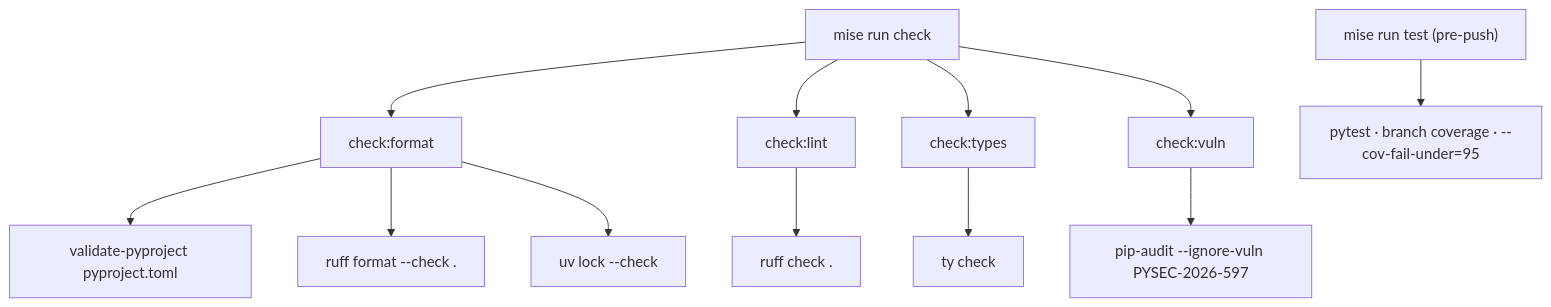
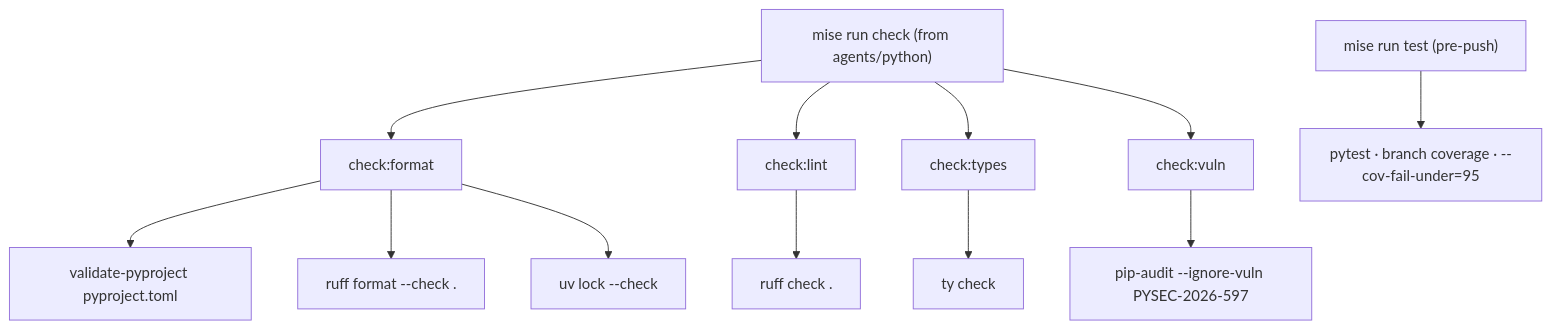
One commit to LuiGGi629/agentops-open-course changed the second of 2 diagrams in docs/1. Setup/1.1. Python.md. Above: the diagram before and after it, drawn with Mermaid. The commit also changed other lines of this file and 100 other files, not shown here.

````diff
--- a/docs/1. Setup/1.1. Python.md
+++ b/docs/1. Setup/1.1. Python.md
@@ -78,14 +111,14 @@
 ```mermaid
 flowchart TD
-    C["mise run check"] --> CF["check:format"]
+    C["mise run check (from agents/python)"] --> CF["check:format"]
     C --> CL["check:lint"]
     C --> CT["check:types"]
     C --> CV["check:vuln"]
     CF --> CF1["validate-pyproject pyproject.toml"]
     CF --> CF2["ruff format --check ."]
     CF --> CF3["uv lock --check"]
     CL --> CL1["ruff check ."]
     CT --> CT1["ty check"]
     CV --> CV1["pip-audit --ignore-vuln PYSEC-2026-597"]
     T["mise run test (pre-push)"] --> T1["pytest · branch coverage · --cov-fail-under=95"]
 ```
````
